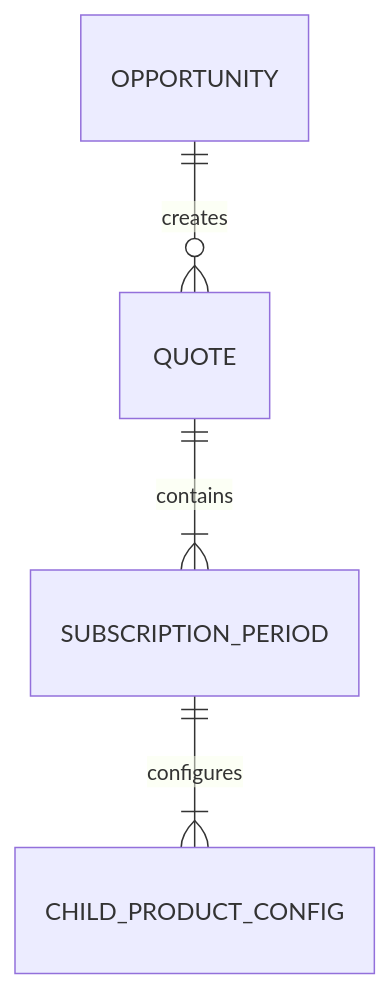
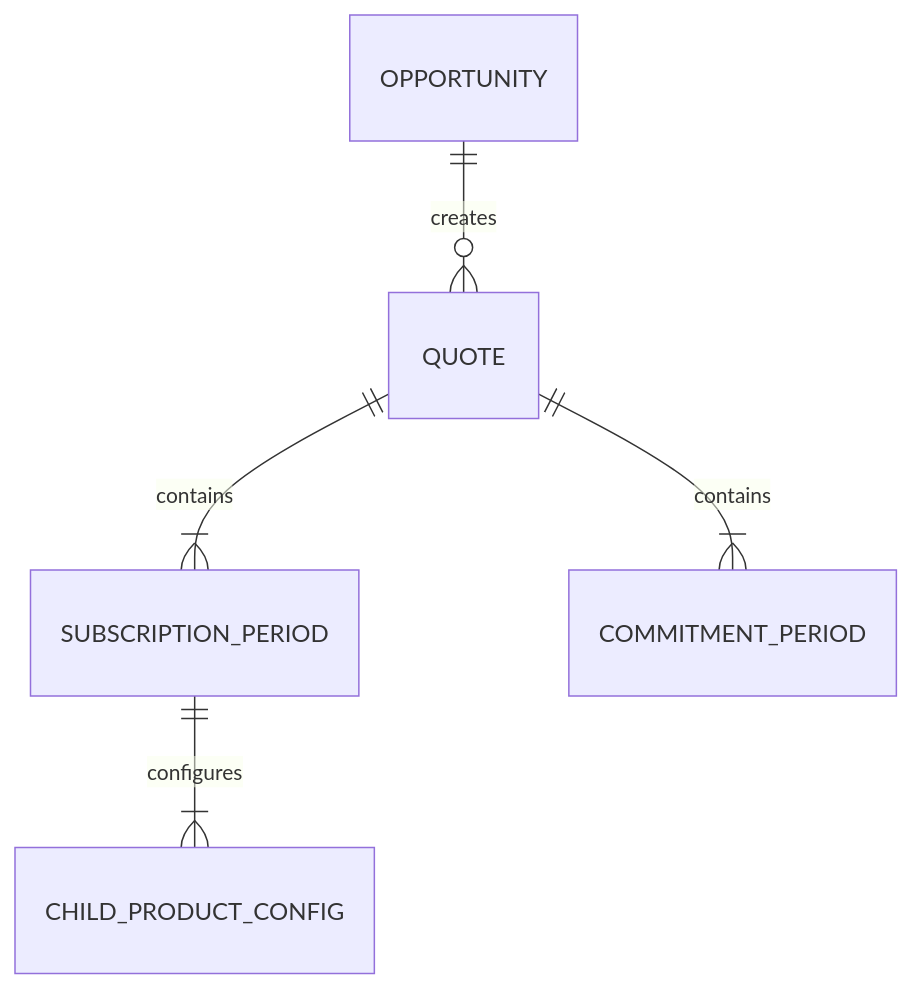
The first of 2 diagrams in specs/001-quote-subscription-flow/data-model.md (Vidhathri2/sdd), drawn with Mermaid before and after one commit. The commit also changed other lines of this file and 7 other files, not shown here.

````diff
--- a/specs/001-quote-subscription-flow/data-model.md
+++ b/specs/001-quote-subscription-flow/data-model.md
@@ -5,6 +5,7 @@
 ```mermaid
 erDiagram
     OPPORTUNITY ||--o{ QUOTE : creates
     QUOTE ||--|{ SUBSCRIPTION_PERIOD : contains
+    QUOTE ||--|{ COMMITMENT_PERIOD : contains
     SUBSCRIPTION_PERIOD ||--|{ CHILD_PRODUCT_CONFIG : configures
 ```
````
